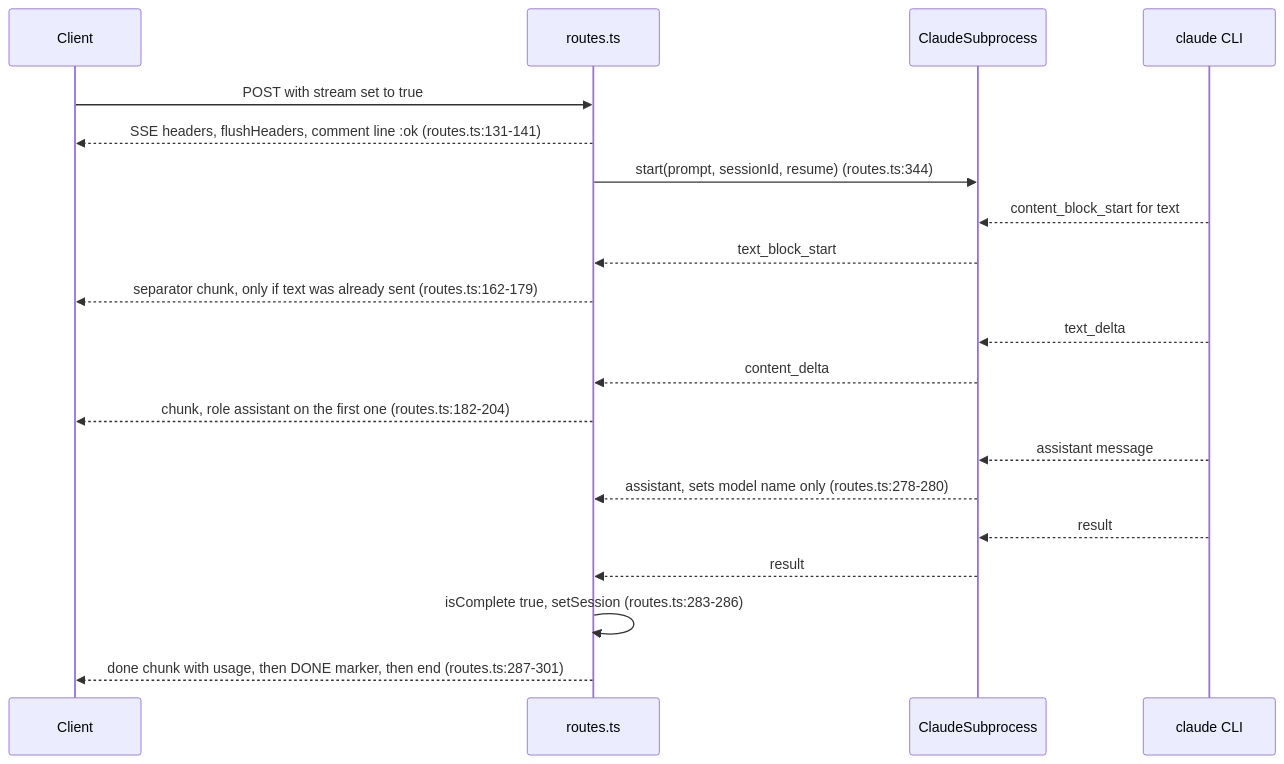
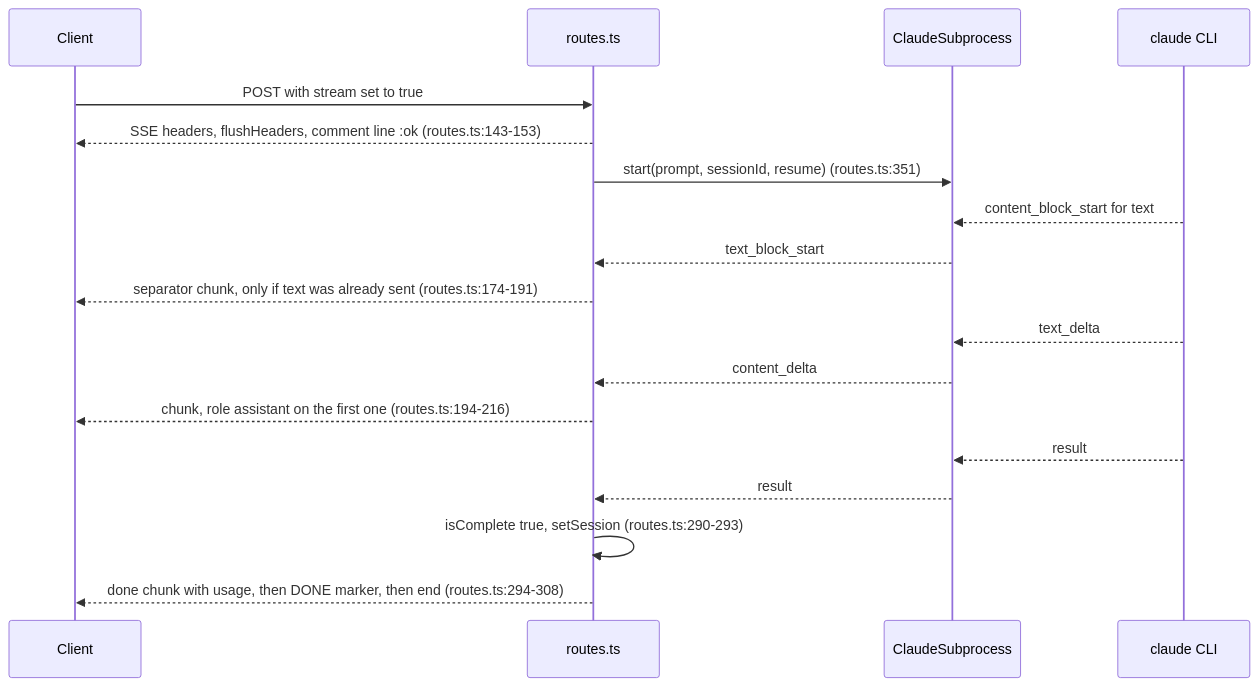
The third of 4 diagrams in docs/WORKFLOW.md (jameshskoh/claude-max-api-proxy), drawn with Mermaid before and after one commit. The commit also changed other lines of this file and 24 other files, not shown here.

First line of the commit message:
feat: pass full model IDs to the CLI and add Claude 5.5 models

````diff
--- a/docs/WORKFLOW.md
+++ b/docs/WORKFLOW.md
@@ -140,22 +142,20 @@
 ```mermaid
 sequenceDiagram
   participant C as Client
   participant R as routes.ts
   participant S as ClaudeSubprocess
   participant CLI as claude CLI
   C->>R: POST with stream set to true
-  R-->>C: SSE headers, flushHeaders, comment line :ok (routes.ts:131-141)
-  R->>S: start(prompt, sessionId, resume) (routes.ts:344)
+  R-->>C: SSE headers, flushHeaders, comment line :ok (routes.ts:143-153)
+  R->>S: start(prompt, sessionId, resume) (routes.ts:351)
   CLI-->>S: content_block_start for text
   S-->>R: text_block_start
-  R-->>C: separator chunk, only if text was already sent (routes.ts:162-179)
+  R-->>C: separator chunk, only if text was already sent (routes.ts:174-191)
   CLI-->>S: text_delta
   S-->>R: content_delta
-  R-->>C: chunk, role assistant on the first one (routes.ts:182-204)
-  CLI-->>S: assistant message
-  S-->>R: assistant, sets model name only (routes.ts:278-280)
+  R-->>C: chunk, role assistant on the first one (routes.ts:194-216)
   CLI-->>S: result
   S-->>R: result
-  R->>R: isComplete true, setSession (routes.ts:283-286)
-  R-->>C: done chunk with usage, then DONE marker, then end (routes.ts:287-301)
+  R->>R: isComplete true, setSession (routes.ts:290-293)
+  R-->>C: done chunk with usage, then DONE marker, then end (routes.ts:294-308)
 ```
````
